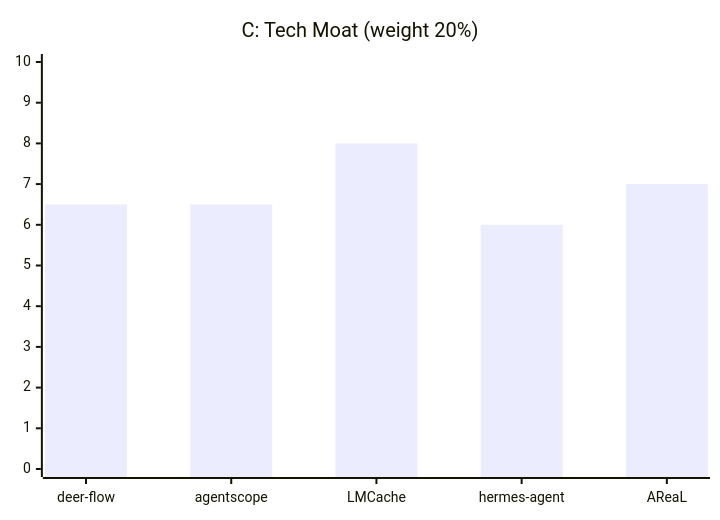
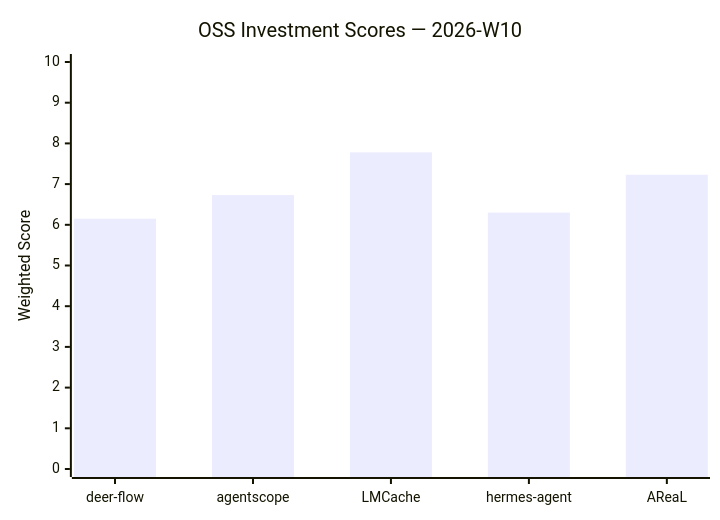
The third of 5 diagrams in README.md (el09xccxy-stack/agentvc-index), drawn with Mermaid before and after one commit. The commit also changed other lines of this file, not shown here.

First line of the commit message:
Update README with W13 investment scores and charts

````diff
--- a/README.md
+++ b/README.md
@@ -75,7 +83,7 @@
 ```mermaid
 xychart-beta
-    title "C: Tech Moat (weight 20%)"
+    title "OSS Investment Scores — 2026-W10"
     x-axis ["deer-flow", "agentscope", "LMCache", "hermes-agent", "AReaL"]
-    y-axis 0 --> 10
-    bar [6.5, 6.5, 8.0, 6.0, 7.0]
+    y-axis "Weighted Score" 0 --> 10
+    bar [6.15, 6.73, 7.78, 6.30, 7.23]
 ```
````
